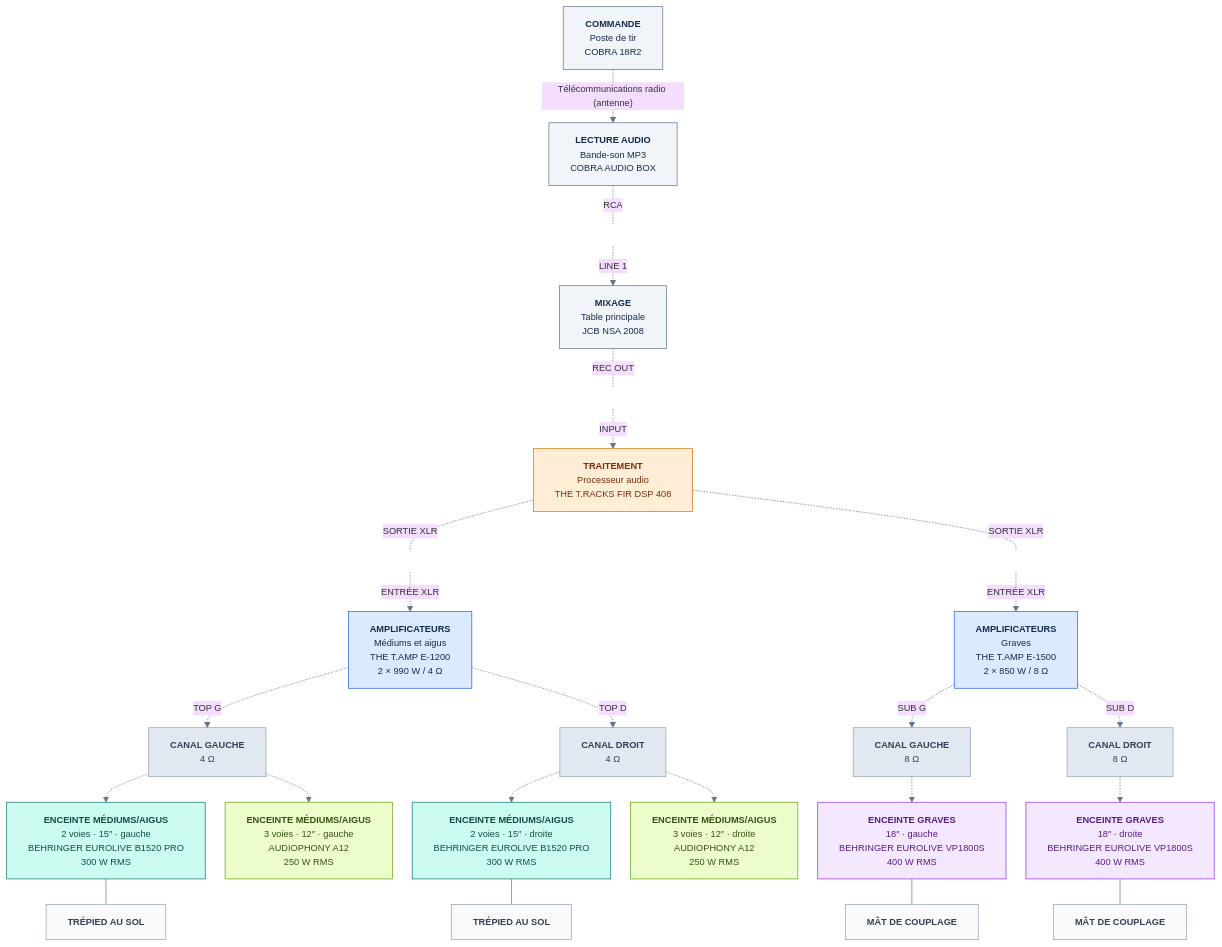
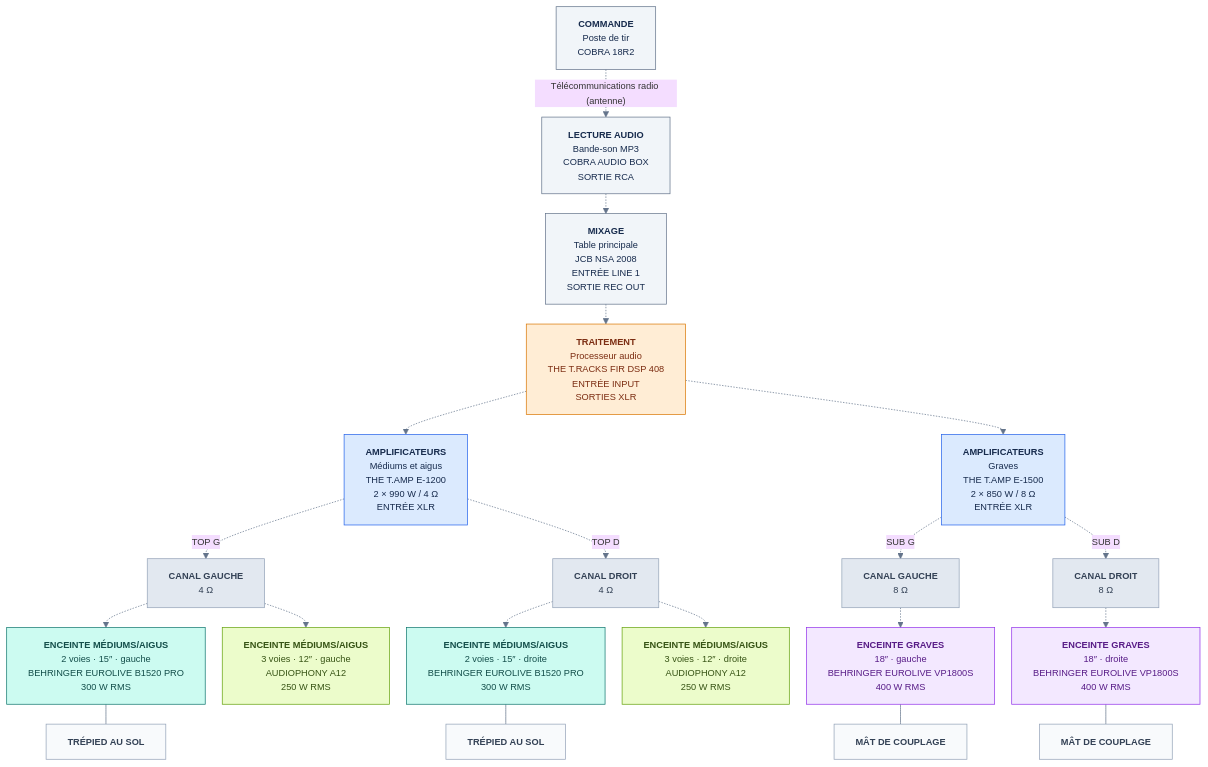
One commit to HAZIT-FR/PGE-SONO changed the first of 3 diagrams in README.md. Above: the diagram before and after it, drawn with Mermaid.

Commit message:
docs: raccourcir le schéma en plaçant les entrées sorties dans les appareils

```diff
--- a/README.md
+++ b/README.md
@@ -34,75 +34,63 @@
 ~~~mermaid
-%%{init: {"flowchart": {"nodeSpacing": 28, "rankSpacing": 36, "htmlLabels": true, "wrappingWidth": 320}, "theme": "base", "themeVariables": {"fontSize": "13px", "lineColor": "#64748b"}}}%%
+%%{init: {"flowchart": {"nodeSpacing": 24, "rankSpacing": 28, "htmlLabels": true, "wrappingWidth": 320}, "theme": "base", "themeVariables": {"fontSize": "13px", "lineColor": "#64748b"}}}%%
 flowchart TB
   A["<b>COMMANDE</b><br/>Poste de tir<br/>COBRA 18R2"]
-  B["<b>LECTURE AUDIO</b><br/>Bande-son MP3<br/>COBRA AUDIO BOX"]
-  C["<b>MIXAGE</b><br/>Table principale<br/>JCB NSA 2008"]
-  D["<b>TRAITEMENT</b><br/>Processeur audio<br/>THE T.RACKS FIR DSP 408"]
-  E["<b>AMPLIFICATEURS</b><br/>Médiums et aigus<br/>THE T.AMP E-1200<br/>2 × 990 W / 4 Ω"]
-  F["<b>AMPLIFICATEURS</b><br/>Graves<br/>THE T.AMP E-1500<br/>2 × 850 W / 8 Ω"]
+  B["<b>LECTURE AUDIO</b><br/>Bande-son MP3<br/>COBRA AUDIO BOX<br/>SORTIE RCA"]
+  C["<b>MIXAGE</b><br/>Table principale<br/>JCB NSA 2008<br/>ENTRÉE LINE 1<br/>SORTIE REC OUT"]
+  D["<b>TRAITEMENT</b><br/>Processeur audio<br/>THE T.RACKS FIR DSP 408<br/>ENTRÉE INPUT<br/>SORTIES XLR"]
+  E["<b>AMPLIFICATEURS</b><br/>Médiums et aigus<br/>THE T.AMP E-1200<br/>2 × 990 W / 4 Ω<br/>ENTRÉE XLR"]
+  F["<b>AMPLIFICATEURS</b><br/>Graves<br/>THE T.AMP E-1500<br/>2 × 850 W / 8 Ω<br/>ENTRÉE XLR"]
   LG["<b>CANAL GAUCHE</b><br/>4 Ω"]
   LD["<b>CANAL DROIT</b><br/>4 Ω"]
   FG["<b>CANAL GAUCHE</b><br/>8 Ω"]
   FD["<b>CANAL DROIT</b><br/>8 Ω"]
   BG["<b>ENCEINTE MÉDIUMS/AIGUS</b><br/>2 voies · 15″ · gauche<br/>BEHRINGER EUROLIVE B1520 PRO<br/>300 W RMS"]
   BD["<b>ENCEINTE MÉDIUMS/AIGUS</b><br/>2 voies · 15″ · droite<br/>BEHRINGER EUROLIVE B1520 PRO<br/>300 W RMS"]
   AG["<b>ENCEINTE MÉDIUMS/AIGUS</b><br/>3 voies · 12″ · gauche<br/>AUDIOPHONY A12<br/>250 W RMS"]
   AD["<b>ENCEINTE MÉDIUMS/AIGUS</b><br/>3 voies · 12″ · droite<br/>AUDIOPHONY A12<br/>250 W RMS"]
   SG["<b>ENCEINTE GRAVES</b><br/>18″ · gauche<br/>BEHRINGER EUROLIVE VP1800S<br/>400 W RMS"]
   SD["<b>ENCEINTE GRAVES</b><br/>18″ · droite<br/>BEHRINGER EUROLIVE VP1800S<br/>400 W RMS"]
 
   TG["<b>TRÉPIED AU SOL</b>"]
   TD["<b>TRÉPIED AU SOL</b>"]
   MG["<b>MÂT DE COUPLAGE</b>"]
   MD["<b>MÂT DE COUPLAGE</b>"]
 
-  %% Points intermédiaires invisibles : deux libellés par câble
-  JBC[" "]
-  JCD[" "]
-  JDE[" "]
-  JDF[" "]
-
   A -. "Télécommunications radio (antenne)" .-> B
-  B -. "RCA" .- JBC
-  JBC -. "LINE 1" .-> C
-  C -. "REC OUT" .- JCD
-  JCD -. "INPUT" .-> D
-  D -. "SORTIE XLR" .- JDE
-  JDE -. "ENTRÉE XLR" .-> E
-  D -. "SORTIE XLR" .- JDF
-  JDF -. "ENTRÉE XLR" .-> F
+  B -.-> C
+  C -.-> D
+  D -.-> E
+  D -.-> F
   E -. "TOP G" .-> LG
   E -. "TOP D" .-> LD
   F -. "SUB G" .-> FG
   F -. "SUB D" .-> FD
   LG -.-> BG
   LG -.-> AG
   LD -.-> BD
   LD -.-> AD
   FG -.-> SG
   FD -.-> SD
 
   BG --- TG
   BD --- TD
   SG --- MG
   SD --- MD
 
   classDef commande fill:#f1f5f9,stroke:#64748b,color:#172b4d;
   classDef processeur fill:#ffedd5,stroke:#d97706,color:#7c2d12;
   classDef amplis fill:#dbeafe,stroke:#2563eb,color:#172b4d;
   classDef canaux fill:#e2e8f0,stroke:#94a3b8,color:#334155;
   classDef principales fill:#ccfbf1,stroke:#0f766e,color:#134e4a;
   classDef appoint fill:#ecfccb,stroke:#65a30d,color:#365314;
   classDef basses fill:#f3e8ff,stroke:#9333ea,color:#581c87;
   classDef support fill:#f8fafc,stroke:#94a3b8,color:#334155;
-  classDef junction fill:transparent,stroke:transparent,color:transparent;
   class A,B,C commande;
   class D processeur;
   class E,F amplis;
   class LG,LD,FG,FD canaux;
   class BG,BD principales;
   class AG,AD appoint;
   class SG,SD basses;
   class TG,TD,MG,MD support;
-  class JBC,JCD,JDE,JDF junction;
 ~~~
```
